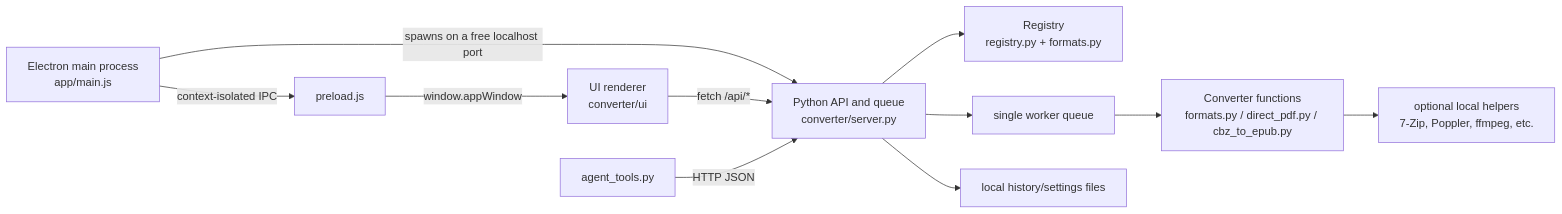
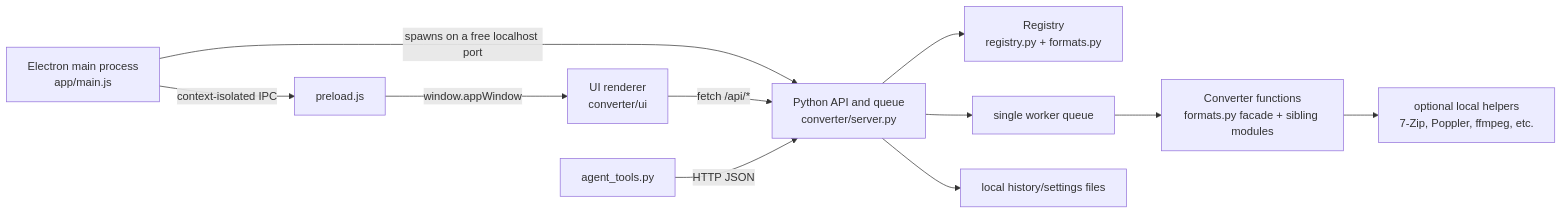
One commit to Brightwav3/One-tool-to-rule-them-all changed the first of 2 diagrams in moc.md. Above: the diagram before and after it, drawn with Mermaid. The commit also changed other lines of this file and 8 other files, not shown here.

````diff
--- a/moc.md
+++ b/moc.md
@@ -50,13 +56,13 @@
 ```mermaid
 flowchart LR
   E[Electron main process\napp/main.js] -->|spawns on a free localhost port| S[Python API and queue\nconverter/server.py]
   E -->|context-isolated IPC| P[preload.js]
   P -->|window.appWindow| U[UI renderer\nconverter/ui]
   U -->|fetch /api/*| S
   A[agent_tools.py] -->|HTTP JSON| S
   S --> R[Registry\nregistry.py + formats.py]
   S --> Q[single worker queue]
-  Q --> C[Converter functions\nformats.py / direct_pdf.py / cbz_to_epub.py]
+  Q --> C[Converter functions\nformats.py facade + sibling modules]
   C --> H[optional local helpers\n7-Zip, Poppler, ffmpeg, etc.]
   S --> D[local history/settings files]
 ```
````
